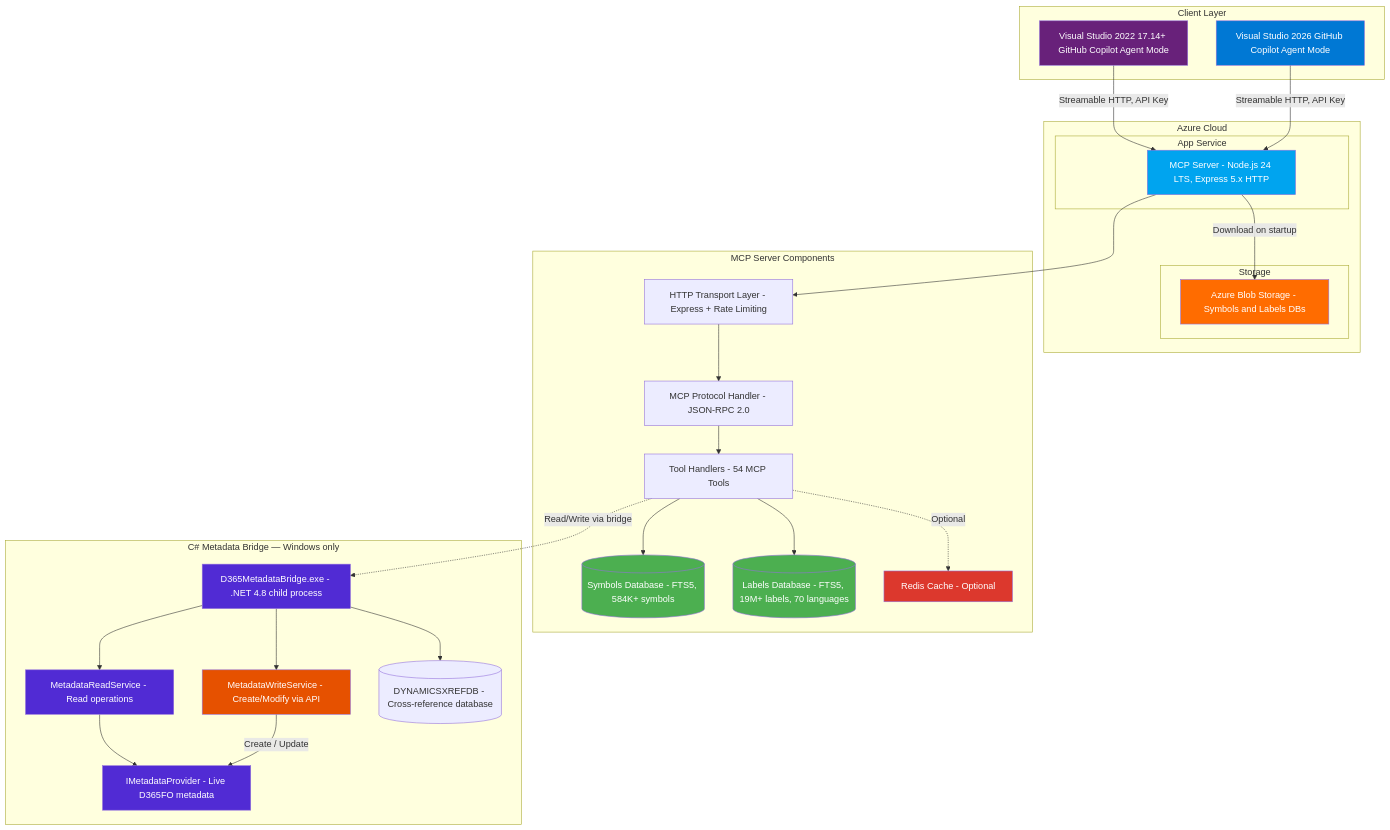
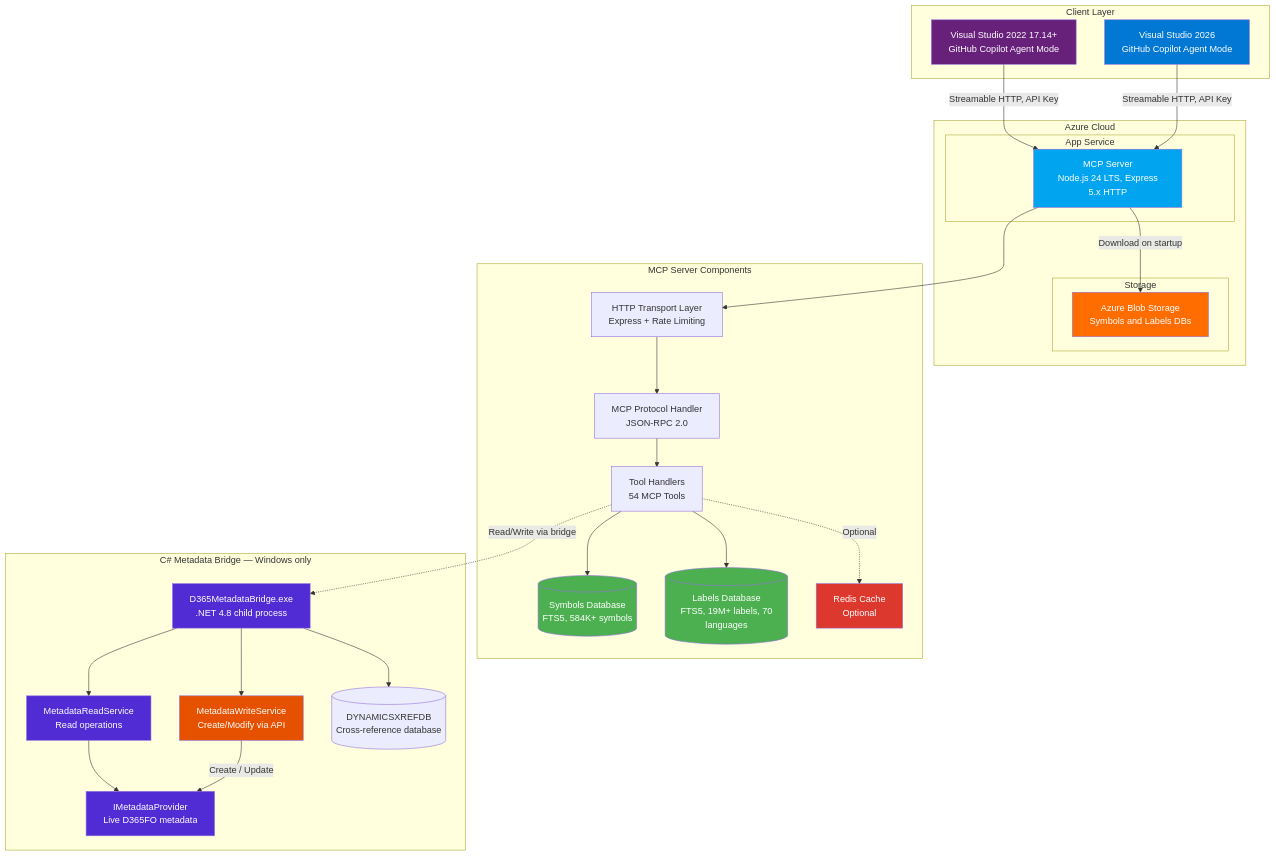
The first of 20 diagrams in docs/ARCHITECTURE.md (tfranczyk/d365fo-mcp-server), drawn with Mermaid before and after one commit. The commit also changed other lines of this file, not shown here.

Commit message:
architecture.md diagram fix

````diff
--- a/docs/ARCHITECTURE.md
+++ b/docs/ARCHITECTURE.md
@@ -19,62 +19,62 @@
 ```mermaid
 graph TB
     subgraph "Client Layer"
-        VS[Visual Studio 2022 17.14+ GitHub Copilot Agent Mode]
-        VS2026[Visual Studio 2026 GitHub Copilot Agent Mode]
+        VS[Visual Studio 2022 17.14+\n GitHub Copilot Agent Mode]
+        VS2026[Visual Studio 2026\n GitHub Copilot Agent Mode]
     end
 
     subgraph "Azure Cloud"
         subgraph "App Service"
-            MCP[MCP Server - Node.js 24 LTS, Express 5.x HTTP]
+            MCP[MCP Server\n Node.js 24 LTS, Express 5.x HTTP]
         end
         
         subgraph "Storage"
-            BLOB[Azure Blob Storage - Symbols and Labels DBs]
+            BLOB[Azure Blob Storage\n Symbols and Labels DBs]
         end
     end
 
     subgraph "MCP Server Components"
-        HTTP[HTTP Transport Layer - Express + Rate Limiting]
-        PROTO[MCP Protocol Handler - JSON-RPC 2.0]
-        TOOLS[Tool Handlers - 54 MCP Tools]
-        DB[(Symbols Database - FTS5, 584K+ symbols)]
-        LDB[(Labels Database - FTS5, 19M+ labels, 70 languages)]
-        CACHE[Redis Cache - Optional]
+        HTTP[HTTP Transport Layer\n Express + Rate Limiting]
+        PROTO[MCP Protocol Handler\n JSON-RPC 2.0]
+        TOOLS[Tool Handlers\n 54 MCP Tools]
+        DB[(Symbols Database\n FTS5, 584K+ symbols)]
+        LDB[(Labels Database\n FTS5, 19M+ labels, 70 languages)]
+        CACHE[Redis Cache\n Optional]
     end
 
     subgraph "C# Metadata Bridge — Windows only"
-        BRIDGE_EXE[D365MetadataBridge.exe - .NET 4.8 child process]
-        READ_SVC[MetadataReadService - Read operations]
-        WRITE_SVC[MetadataWriteService - Create/Modify via API]
-        IMETA[IMetadataProvider - Live D365FO metadata]
-        XREF[(DYNAMICSXREFDB - Cross-reference database)]
+        BRIDGE_EXE[D365MetadataBridge.exe\n .NET 4.8 child process]
+        READ_SVC[MetadataReadService\n Read operations]
+        WRITE_SVC[MetadataWriteService\n Create/Modify via API]
+        IMETA[IMetadataProvider\n Live D365FO metadata]
+        XREF[(DYNAMICSXREFDB\n Cross-reference database)]
     end
 
     VS -->|"Streamable HTTP, API Key"| MCP
     VS2026 -->|"Streamable HTTP, API Key"| MCP
     MCP -->|"Download on startup"| BLOB
     MCP --> HTTP
     HTTP --> PROTO
     PROTO --> TOOLS
     TOOLS --> DB
     TOOLS --> LDB
     TOOLS -.->|"Optional"| CACHE
     TOOLS -.->|"Read/Write via bridge"| BRIDGE_EXE
     BRIDGE_EXE --> READ_SVC
     BRIDGE_EXE --> WRITE_SVC
     READ_SVC --> IMETA
     WRITE_SVC -->|"Create / Update"| IMETA
     BRIDGE_EXE --> XREF
     
     style VS fill:#68217A,color:#fff
     style VS2026 fill:#0078D4,color:#fff
     style MCP fill:#00A4EF,color:#fff
     style BLOB fill:#FF6C00,color:#fff
     style DB fill:#4CAF50,color:#fff
     style LDB fill:#4CAF50,color:#fff
     style CACHE fill:#DC382D,color:#fff
     style BRIDGE_EXE fill:#512BD4,color:#fff
     style READ_SVC fill:#512BD4,color:#fff
     style WRITE_SVC fill:#E65100,color:#fff
     style IMETA fill:#512BD4,color:#fff
 ```
````
